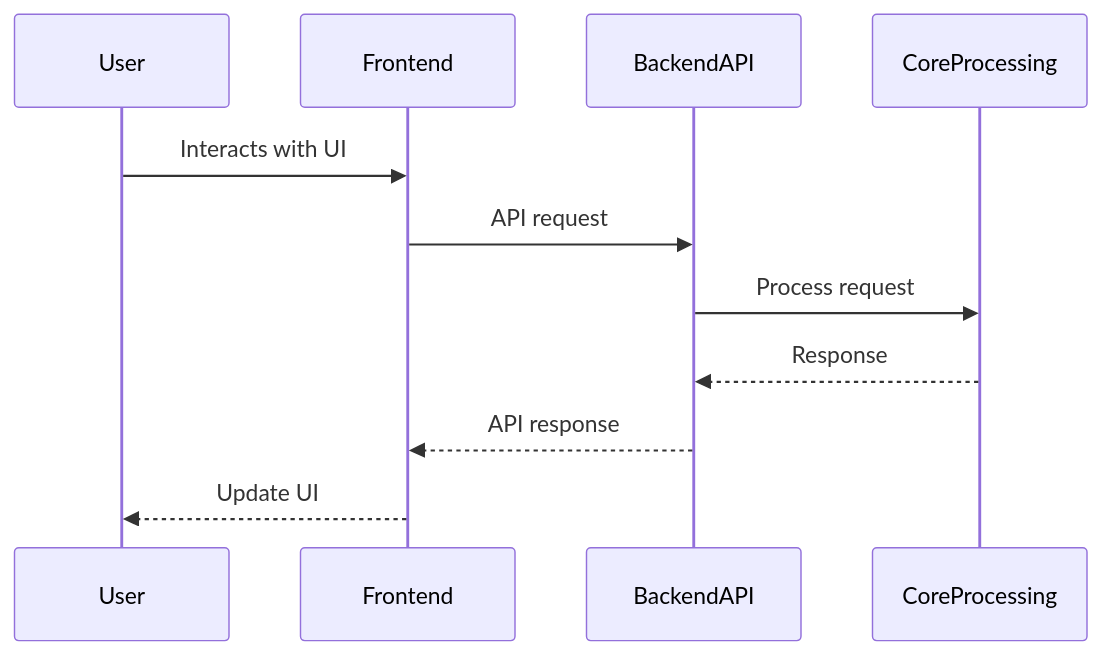
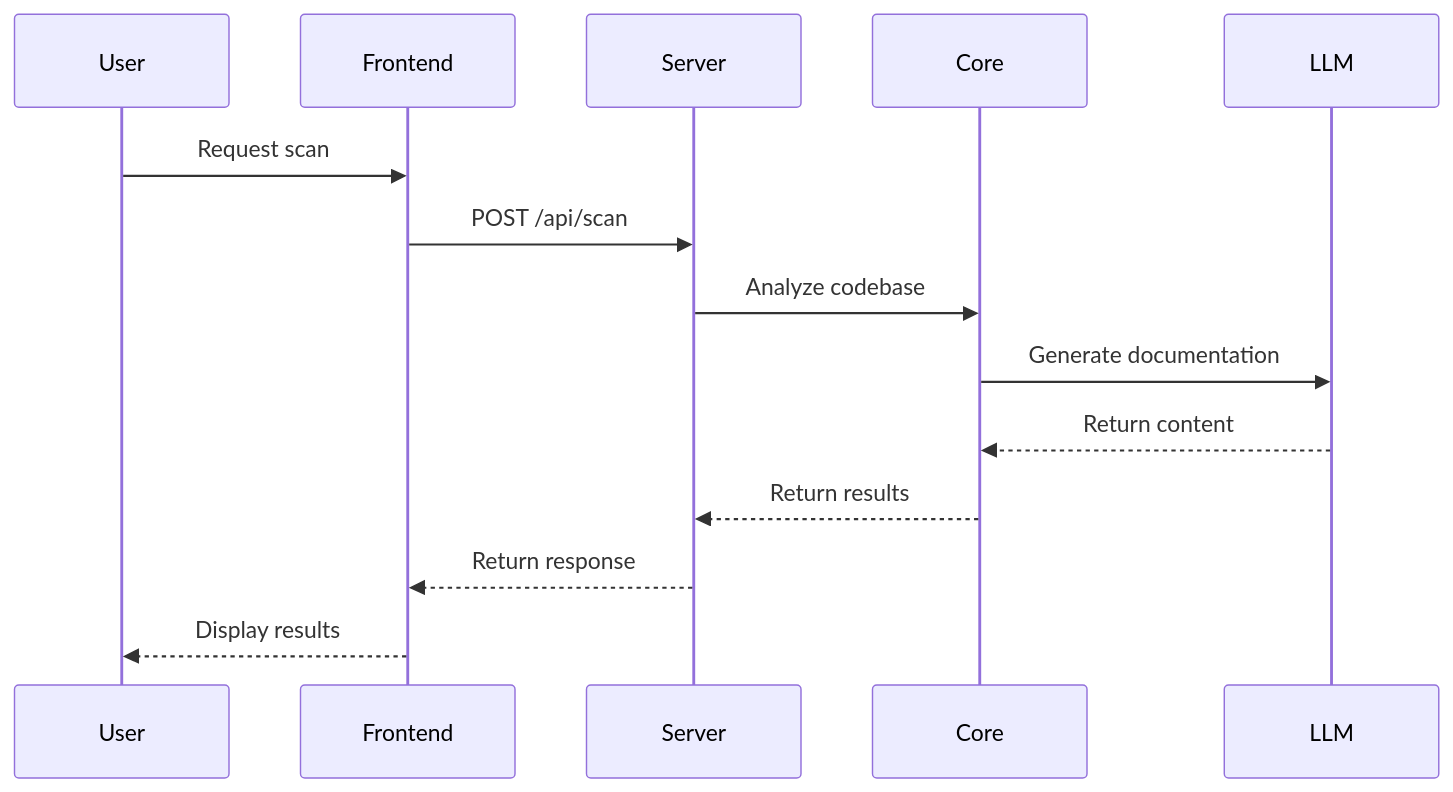
Before and after one commit to he-yufeng/RepoWiki: the second of 2 diagrams in architecture.md, drawn with Mermaid. The commit also changed other lines of this file and 14 other files, not shown here.

````diff
--- a/architecture.md
+++ b/architecture.md
@@ -46,13 +60,16 @@
 ```mermaid
 sequenceDiagram
   participant User
   participant Frontend
-  participant BackendAPI
-  participant CoreProcessing
-  User->>Frontend: Interacts with UI
-  Frontend->>BackendAPI: API request
-  BackendAPI->>CoreProcessing: Process request
-  CoreProcessing-->>BackendAPI: Response
-  BackendAPI-->>Frontend: API response
-  Frontend-->>User: Update UI
+  participant Server
+  participant Core
+  participant LLM
+  User->>Frontend: Request scan
+  Frontend->>Server: POST /api/scan
+  Server->>Core: Analyze codebase
+  Core->>LLM: Generate documentation
+  LLM-->>Core: Return content
+  Core-->>Server: Return results
+  Server-->>Frontend: Return response
+  Frontend-->>User: Display results
 ```
````
